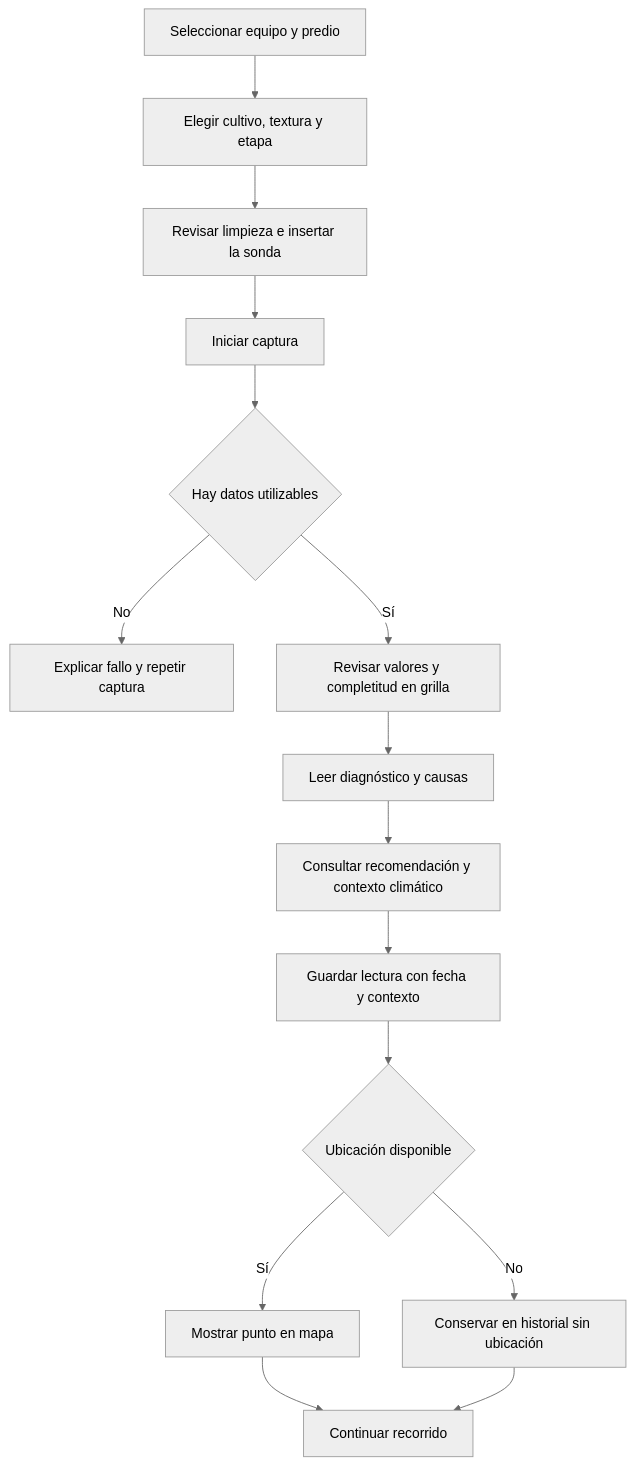
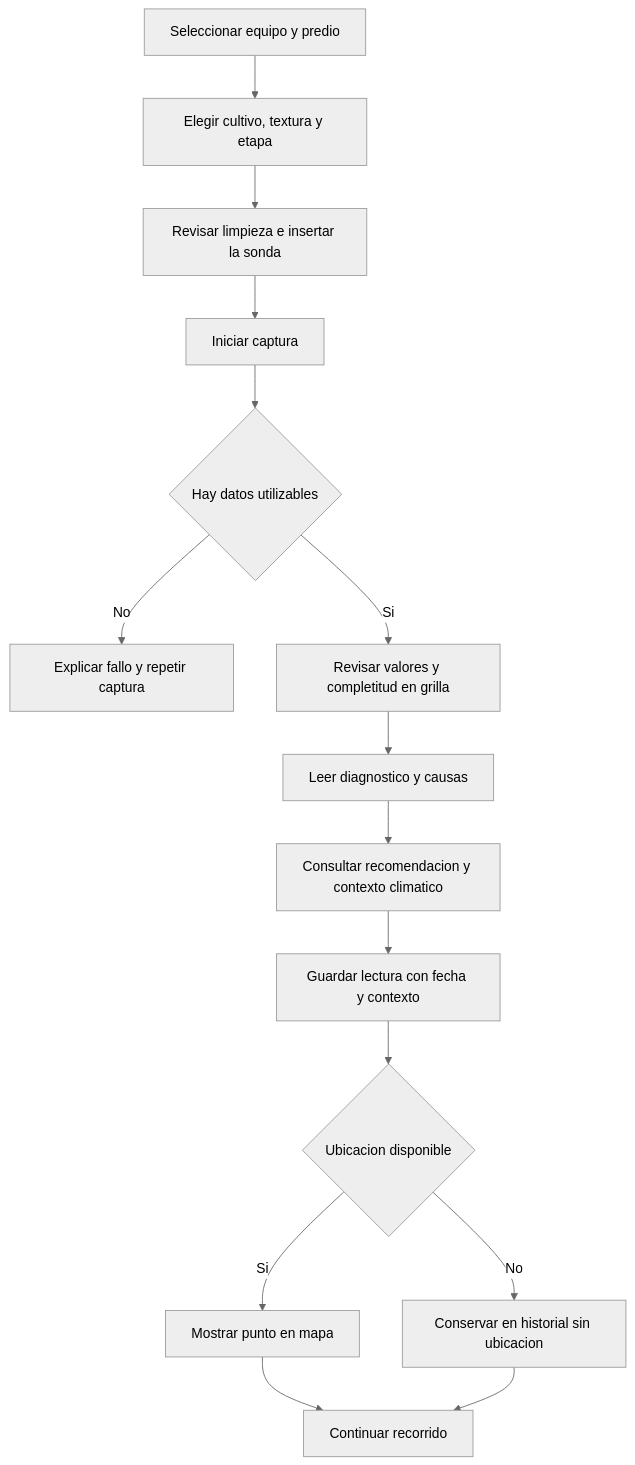
One commit to Alvarinhoooo7/TerraSence changed the seventh of 11 diagrams in docs/INFORME 1 .docx.md. Above: the diagram before and after it, drawn with Mermaid (neutral theme). The commit also changed other lines of this file and 12 other files, not shown here.

````diff
--- a/docs/INFORME 1 .docx.md
+++ b/docs/INFORME 1 .docx.md
@@ -317,17 +1101,17 @@
 ```mermaid
 flowchart TD
     A[Seleccionar equipo y predio] --> B[Elegir cultivo, textura y etapa]
     B --> C[Revisar limpieza e insertar la sonda]
     C --> D[Iniciar captura]
     D --> E{Hay datos utilizables}
     E -->|No| F[Explicar fallo y repetir captura]
-    E -->|Sí| G[Revisar valores y completitud en grilla]
-    G --> H[Leer diagnóstico y causas]
-    H --> I[Consultar recomendación y contexto climático]
+    E -->|Si| G[Revisar valores y completitud en grilla]
+    G --> H[Leer diagnostico y causas]
+    H --> I[Consultar recomendacion y contexto climatico]
     I --> J[Guardar lectura con fecha y contexto]
-    J --> K{Ubicación disponible}
-    K -->|Sí| L[Mostrar punto en mapa]
-    K -->|No| M[Conservar en historial sin ubicación]
+    J --> K{Ubicacion disponible}
+    K -->|Si| L[Mostrar punto en mapa]
+    K -->|No| M[Conservar en historial sin ubicacion]
     L --> N[Continuar recorrido]
     M --> N
 ```
````
